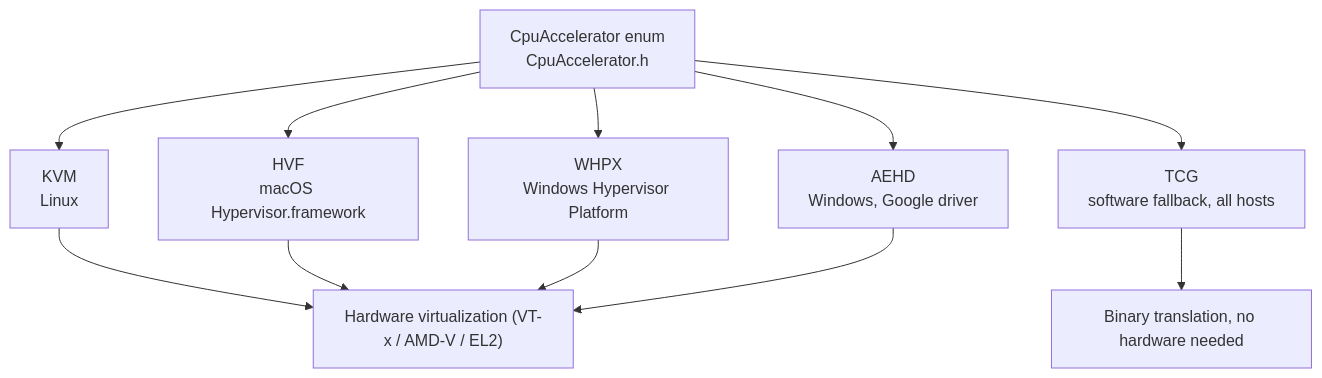
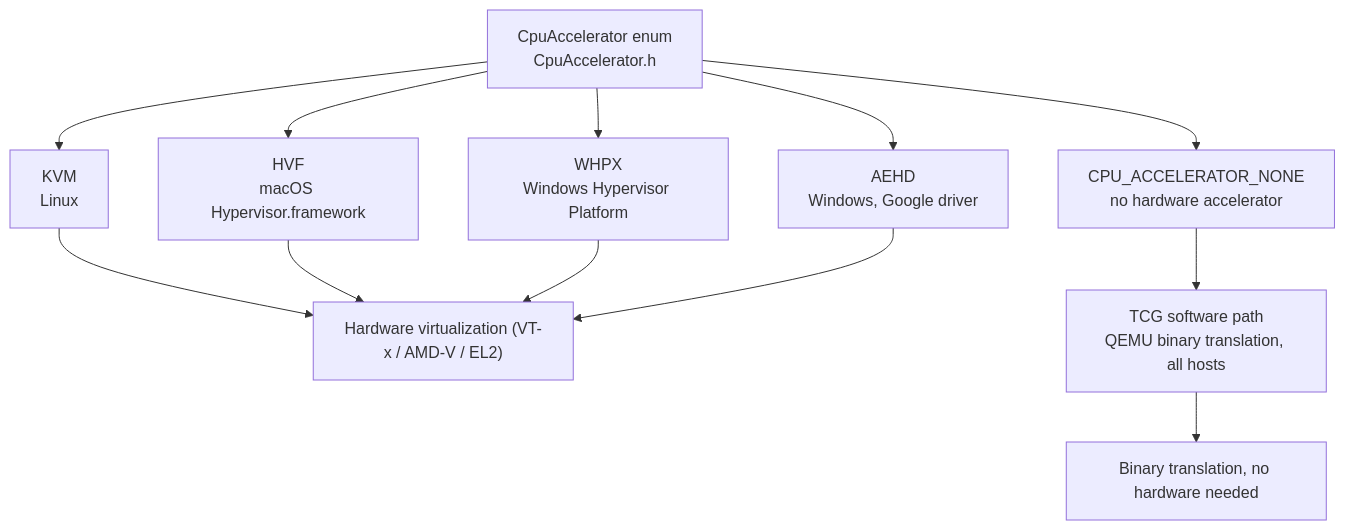
One commit to aospbooks/android-emulator-internal-book changed the first of 4 diagrams in B-appendix-glossary.md. Above: the diagram before and after it, drawn with Mermaid. The commit also changed other lines of this file and 21 other files, not shown here.

First line of the commit message:
Review pass: verify accuracy, fix mermaid parse error, converge chapters

````diff
--- a/B-appendix-glossary.md
+++ b/B-appendix-glossary.md
@@ -15,14 +15,15 @@
 ```mermaid
 flowchart TB
     ENUM["CpuAccelerator enum<br/>CpuAccelerator.h"]
     ENUM --> KVM["KVM<br/>Linux"]
     ENUM --> HVF["HVF<br/>macOS Hypervisor.framework"]
     ENUM --> WHPX["WHPX<br/>Windows Hypervisor Platform"]
     ENUM --> AEHD["AEHD<br/>Windows, Google driver"]
-    ENUM --> TCG["TCG<br/>software fallback, all hosts"]
+    ENUM --> NONE["CPU_ACCELERATOR_NONE<br/>no hardware accelerator"]
     KVM --> HW["Hardware virtualization (VT-x / AMD-V / EL2)"]
     HVF --> HW
     WHPX --> HW
     AEHD --> HW
+    NONE --> TCG["TCG software path<br/>QEMU binary translation, all hosts"]
     TCG --> SW["Binary translation, no hardware needed"]
 ```
````
